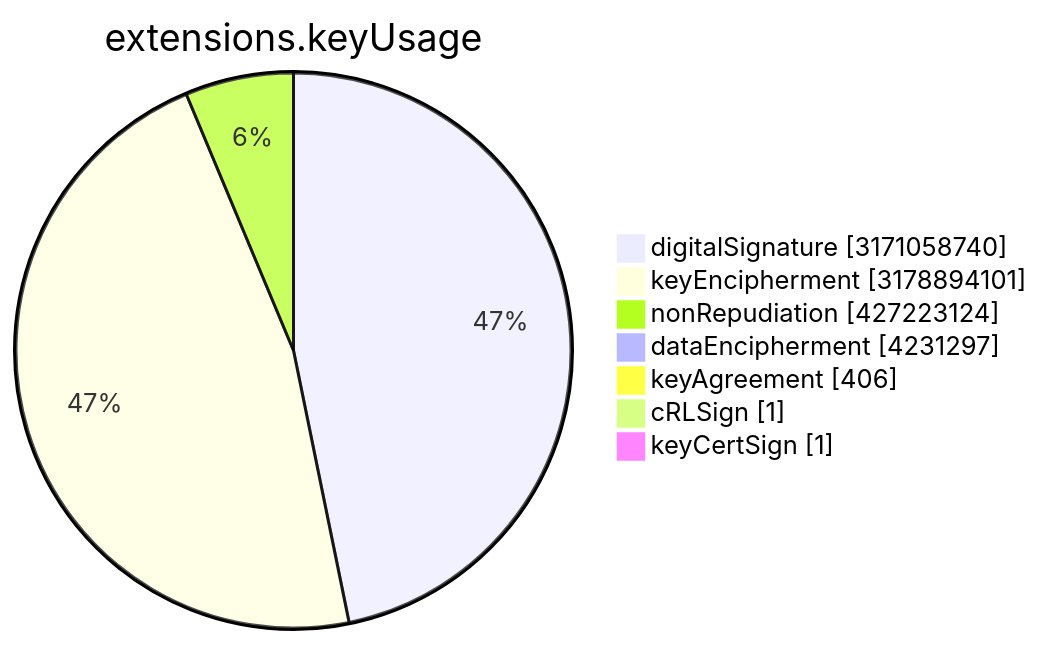
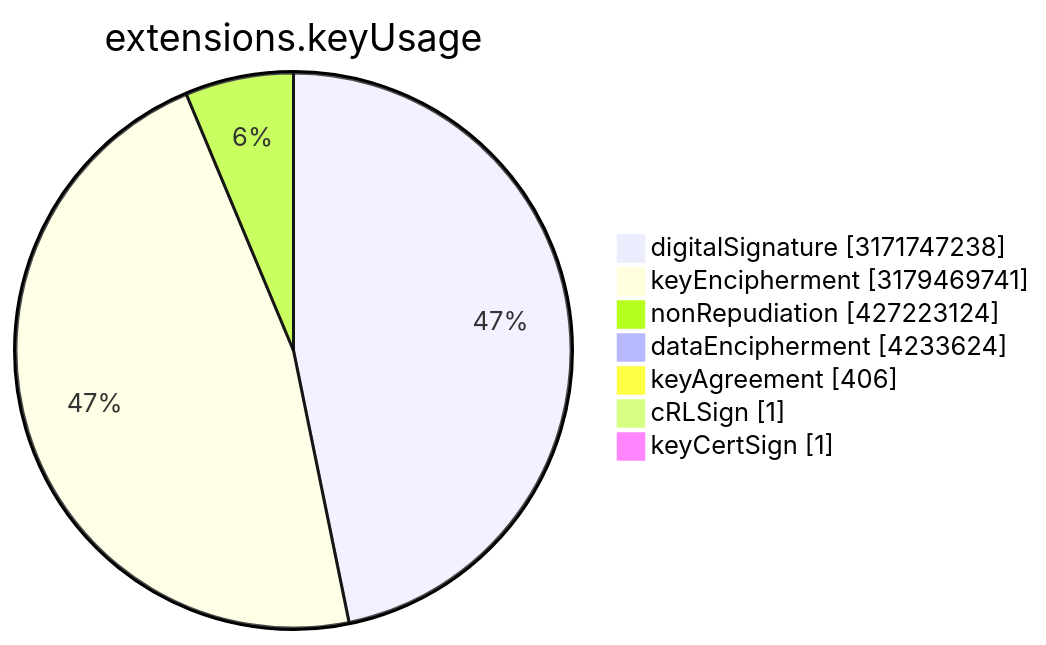
Before and after one commit to christiankrug/ctmonitor_visualization: the sixth of 15 diagrams in TOTAL/README.md, drawn with Mermaid. The commit also changed other lines of this file, not shown here.

````diff
--- a/TOTAL/README.md
+++ b/TOTAL/README.md
@@ -3077,11 +3077,11 @@
 ```mermaid
 pie showData
 title extensions.keyUsage
-"digitalSignature" :3171058740
-"keyEncipherment" :3178894101
+"digitalSignature" :3171747238
+"keyEncipherment" :3179469741
 "nonRepudiation" :427223124
-"dataEncipherment" :4231297
+"dataEncipherment" :4233624
 "keyAgreement" :406
 "cRLSign" :1
 "keyCertSign" :1
 ```
````
